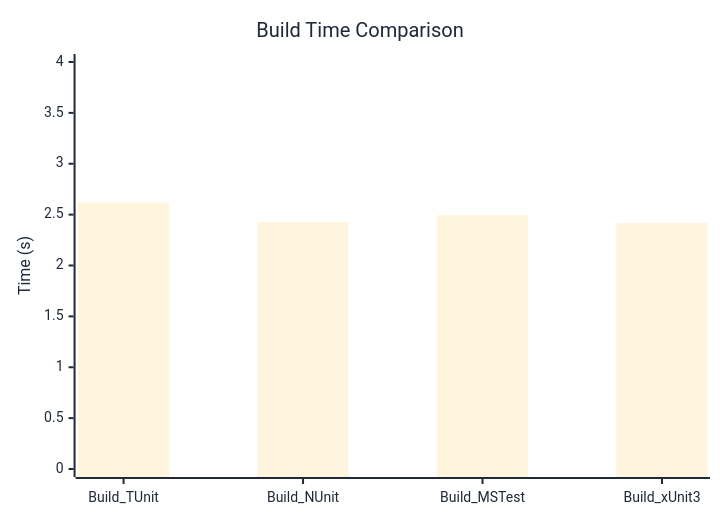
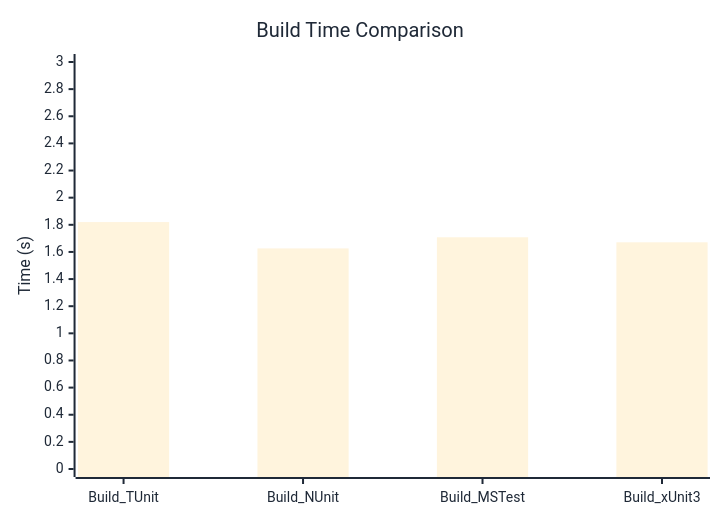
One commit to thomhurst/TUnit changed the diagram in docs/docs/benchmarks/BuildTime.md. Above: the diagram before and after it, drawn with Mermaid. The commit also changed other lines of this file and 16 other files, not shown here.

````diff
--- a/docs/docs/benchmarks/BuildTime.md
+++ b/docs/docs/benchmarks/BuildTime.md
@@ -28,37 +28,37 @@
 ```mermaid
 %%{init: {
   'theme':'base',
   'themeVariables': {
     'primaryColor': '#2563eb',
     'primaryTextColor': '#1f2937',
     'primaryBorderColor': '#1e40af',
     'lineColor': '#6b7280',
     'secondaryColor': '#7c3aed',
     'tertiaryColor': '#dc2626',
     'background': '#ffffff',
     'mainBkg': '#2563eb',
     'secondBkg': '#7c3aed',
     'tertiaryBkg': '#dc2626',
     'clusterBkg': '#f3f4f6',
     'edgeLabelBackground': '#ffffff',
     'tertiaryTextColor': '#1f2937',
     'pie1': '#2563eb',
     'pie2': '#7c3aed',
     'pie3': '#dc2626',
     'pie4': '#f59e0b',
     'pie5': '#10b981',
     'pie6': '#06b6d4',
     'pie7': '#ec4899',
     'pie8': '#6366f1',
     'pie9': '#84cc16',
     'pie10': '#f97316',
     'pie11': '#14b8a6',
     'pie12': '#a855f7'
   }
 }}%%
 xychart-beta
   title "Build Time Comparison"
   x-axis ["Build_TUnit", "Build_NUnit", "Build_MSTest", "Build_xUnit3"]
-  y-axis "Time (s)" 0 --> 4
-  bar [2.62, 2.427, 2.494, 2.417]
+  y-axis "Time (s)" 0 --> 3
+  bar [1.82, 1.626, 1.708, 1.671]
 ```
````
